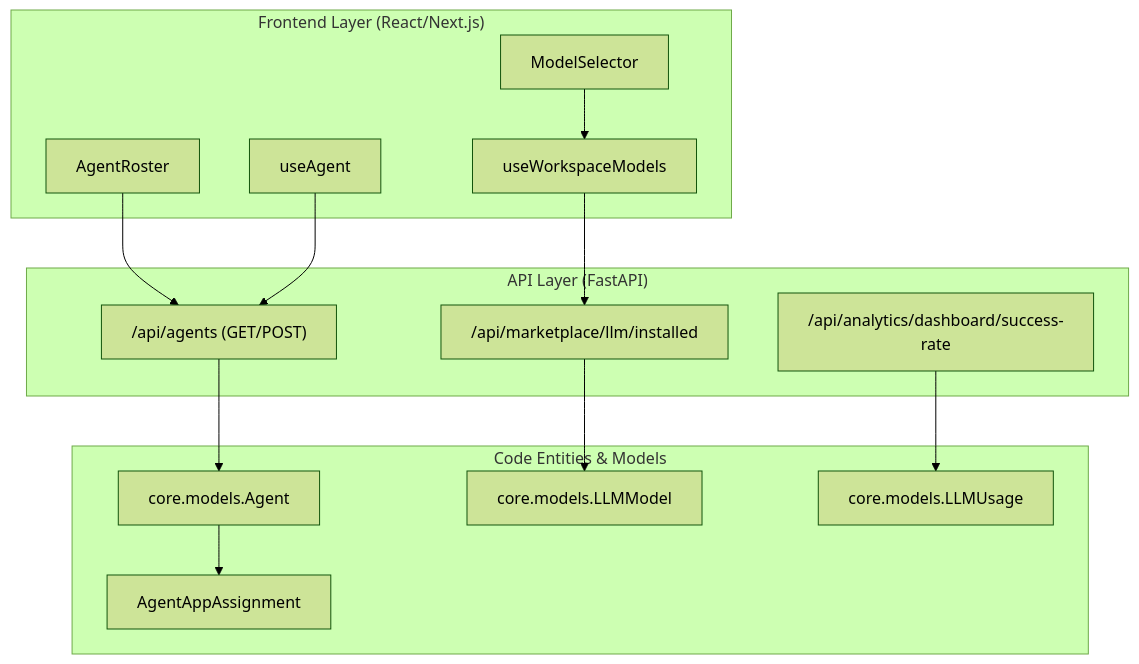
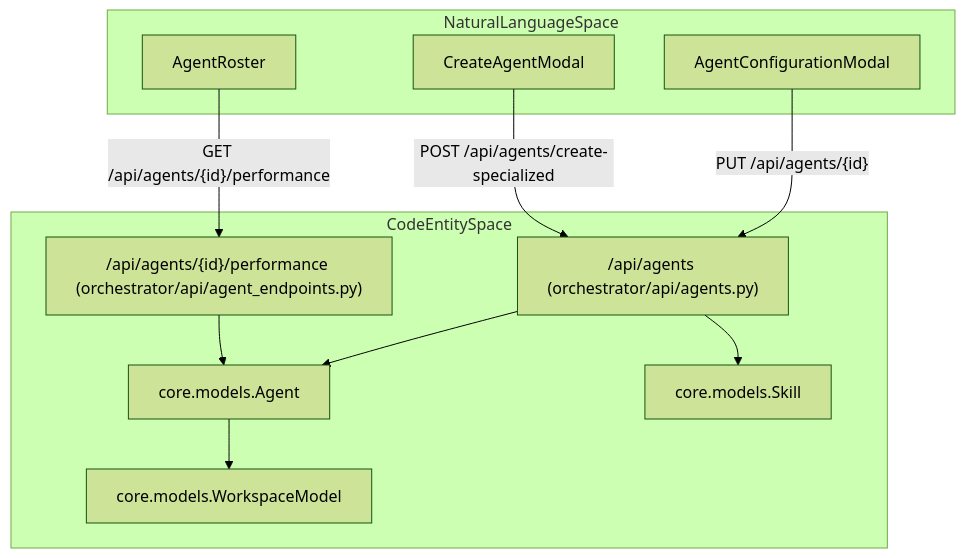
Before and after one commit to AutomatosAI/automatos-ai: the first of 2 diagrams in docs/agents/agent-api-reference.md, drawn with Mermaid (forest theme). The commit also changed other lines of this file and 191 other files, not shown here.

````diff
--- a/docs/agents/agent-api-reference.md
+++ b/docs/agents/agent-api-reference.md
@@ -75,31 +69,24 @@
 ```mermaid
 graph TB
-    subgraph "Frontend Layer (React/Next.js)"
+    subgraph "NaturalLanguageSpace"
+        UI_Config["AgentConfigurationModal"]
         UI_Roster["AgentRoster"]
-        UI_ModelSel["ModelSelector"]
-        Hook_Model["useWorkspaceModels"]
-        Hook_Agent["useAgent"]
+        UI_Create["CreateAgentModal"]
     end
     
-    subgraph "API Layer (FastAPI)"
-        R_Agents["/api/agents (GET/POST)"]
-        R_Model["/api/marketplace/llm/installed"]
-        R_Analytics["/api/analytics/dashboard/success-rate"]
-    end
-    
-    subgraph "Code Entities & Models"
+    subgraph "CodeEntitySpace"
+        R_Agents["/api/agents (orchestrator/api/agents.py)"]
+        R_Perf["/api/agents/{id}/performance (orchestrator/api/agent_endpoints.py)"]
         M_Agent["core.models.Agent"]
-        M_LLM["core.models.LLMModel"]
-        M_Usage["core.models.LLMUsage"]
-        M_AppAssign["AgentAppAssignment"]
+        M_Skill["core.models.Skill"]
+        M_Model["core.models.WorkspaceModel"]
     end
 
-    UI_Roster --> R_Agents
-    UI_ModelSel --> Hook_Model
-    Hook_Model --> R_Model
-    Hook_Agent --> R_Agents
+    UI_Config -->|"PUT /api/agents/{id}"| R_Agents
+    UI_Create -->|"POST /api/agents/create-specialized"| R_Agents
+    UI_Roster -->|"GET /api/agents/{id}/performance"| R_Perf
     R_Agents --> M_Agent
-    R_Model --> M_LLM
-    R_Analytics --> M_Usage
-    M_Agent --> M_AppAssign
+    R_Agents --> M_Skill
+    R_Perf --> M_Agent
+    M_Agent --> M_Model
 ```
````
